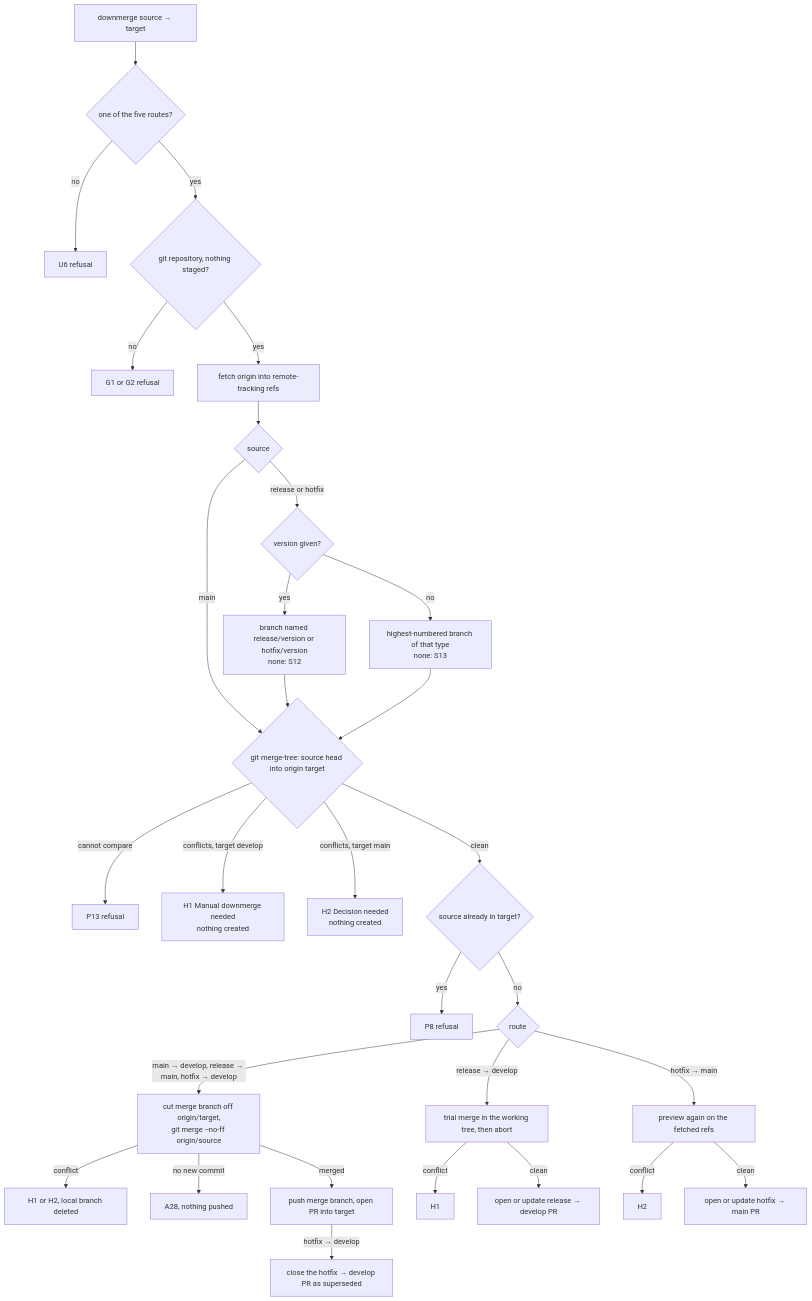
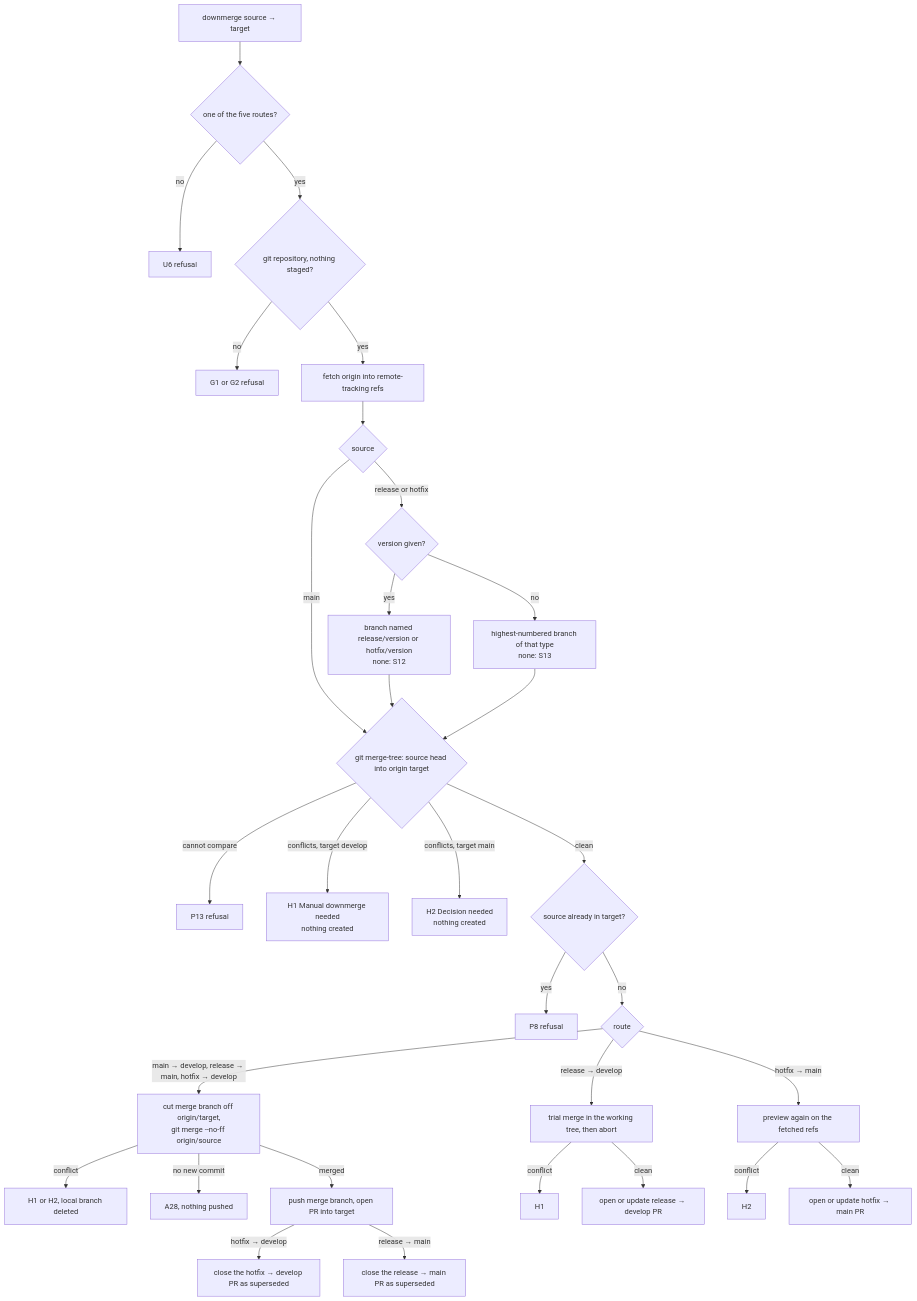
One commit to officespacesoftware/versioner changed the fourth of 6 diagrams in docs/flows.md. Above: the diagram before and after it, drawn with Mermaid. The commit also changed other lines of this file and 9 other files, not shown here.

First line of the commit message:
Close the promotion's release -> main pull request when the downmerge supersedes it, and report closing failures

````diff
--- a/docs/flows.md
+++ b/docs/flows.md
@@ -109,33 +109,34 @@
 ```mermaid
 flowchart TD
   START["downmerge source → target"] --> ROUTE{"one of the five routes?"}
   ROUTE -->|no| U6["U6 refusal"]
   ROUTE -->|yes| GUARD{"git repository, nothing staged?"}
   GUARD -->|no| G["G1 or G2 refusal"]
   GUARD -->|yes| FETCHO["fetch origin into remote-tracking refs"]
   FETCHO --> SRC{"source"}
   SRC -->|main| PREVIEW
   SRC -->|"release or hotfix"| SEL{"version given?"}
   SEL -->|yes| BYNAME["branch named release/version or hotfix/version<br/>none: S12"]
   SEL -->|no| NEWEST["highest-numbered branch of that type<br/>none: S13"]
   BYNAME --> PREVIEW
   NEWEST --> PREVIEW
   PREVIEW{"git merge-tree: source head into origin target"}
   PREVIEW -->|cannot compare| P13["P13 refusal"]
   PREVIEW -->|"conflicts, target develop"| H1["H1 Manual downmerge needed<br/>nothing created"]
   PREVIEW -->|"conflicts, target main"| H2["H2 Decision needed<br/>nothing created"]
   PREVIEW -->|clean| ANC{"source already in target?"}
   ANC -->|yes| P8["P8 refusal"]
   ANC -->|no| KIND{"route"}
   KIND -->|"main → develop, release → main, hotfix → develop"| MB["cut merge branch off origin/target,<br/>git merge --no-ff origin/source"]
   MB -->|conflict| HX["H1 or H2, local branch deleted"]
   MB -->|no new commit| A28["A28, nothing pushed"]
   MB -->|merged| PUSH["push merge branch, open PR into target"]
   PUSH -->|"hotfix → develop"| CLOSE["close the hotfix → develop PR as superseded"]
+  PUSH -->|"release → main"| CLOSER["close the release → main PR as superseded"]
   KIND -->|"release → develop"| TRIAL["trial merge in the working tree, then abort"]
   TRIAL -->|conflict| H1B["H1"]
   TRIAL -->|clean| DPR["open or update release → develop PR"]
   KIND -->|"hotfix → main"| FETCH["preview again on the fetched refs"]
   FETCH -->|conflict| H2B["H2"]
   FETCH -->|clean| HPR["open or update hotfix → main PR"]
 ```
````
